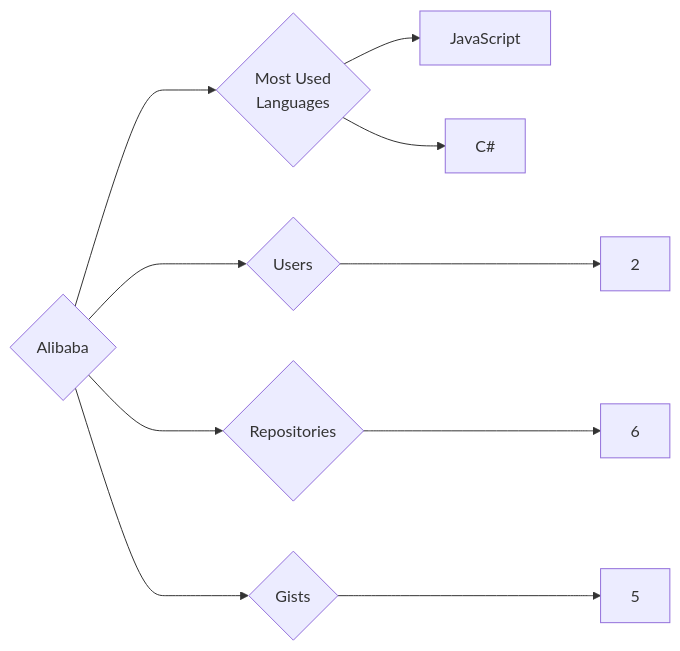
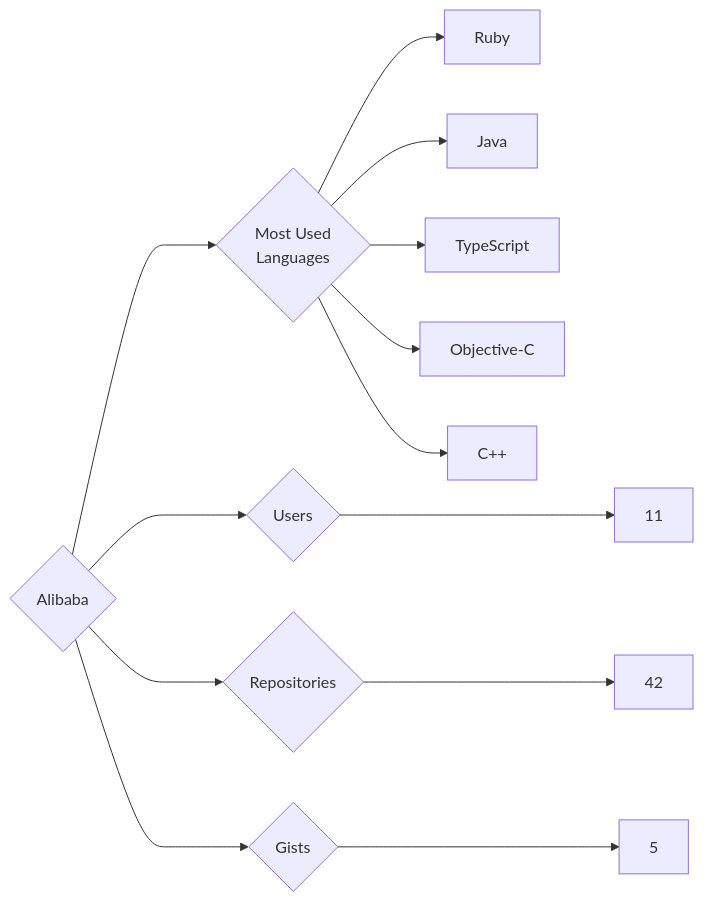
One commit to trickest/insiders changed the diagram in targets/Alibaba/README.md. Above: the diagram before and after it, drawn with Mermaid. The commit also changed 865 other files, not shown here.

````diff
--- a/targets/Alibaba/README.md
+++ b/targets/Alibaba/README.md
@@ -3,10 +3,13 @@
 ```mermaid
 graph LR
 COMPANY_NAME{Alibaba}
-COMPANY_NAME ---> U{Users} ---> UN[2]
-COMPANY_NAME ---> R{Repositories} ---> RN[6]
+COMPANY_NAME ---> U{Users} ---> UN[11]
+COMPANY_NAME ---> R{Repositories} ---> RN[42]
 COMPANY_NAME ---> G{Gists} ---> GN[5]
 COMPANY_NAME ---> ML{Most Used<br>Languages}
-ML --> JavaScript[JavaScript]
-ML --> C#[C#]
+ML --> Ruby[Ruby]
+ML --> Java[Java]
+ML --> TypeScript[TypeScript]
+ML --> Objective-C[Objective-C]
+ML --> C++[C++]
 ```
````
